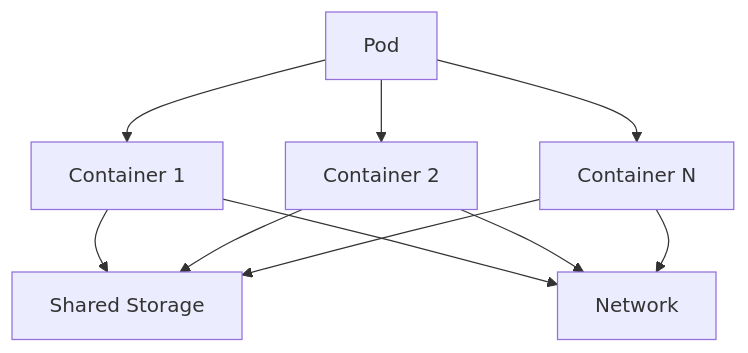
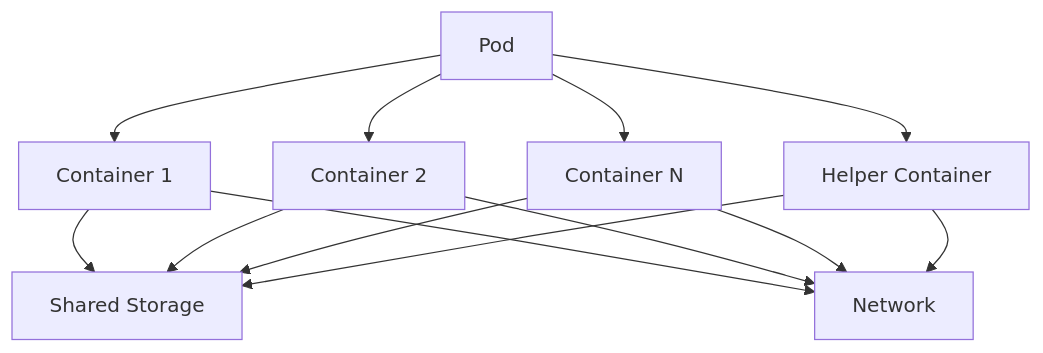
One commit to khaleel-git/DevOPS changed the second of 2 diagrams in k8s/README.md. Above: the diagram before and after it, drawn with Mermaid. The commit also changed other lines of this file and 2 other files, not shown here.

````diff
--- a/k8s/README.md
+++ b/k8s/README.md
@@ -244,12 +323,15 @@
 ```mermaid
 graph TD;
-    A[Pod] --> B[Container 1]
-    A[Pod] --> C[Container 2]
-    A[Pod] --> D[Container N]
-    B --> E[Shared Storage]
-    C --> E[Shared Storage]
-    D --> E[Shared Storage]
-    B --> F[Network]
-    C --> F[Network]
-    D --> F[Network]
+        A[Pod] --> B[Container 1]
+        A[Pod] --> C[Container 2]
+        A[Pod] --> D[Container N]
+        A[Pod] --> G[Helper Container]
+        B --> E[Shared Storage]
+        C --> E[Shared Storage]
+        D --> E[Shared Storage]
+        G --> E[Shared Storage]
+        B --> F[Network]
+        C --> F[Network]
+        D --> F[Network]
+        G --> F[Network]
 ```
````
